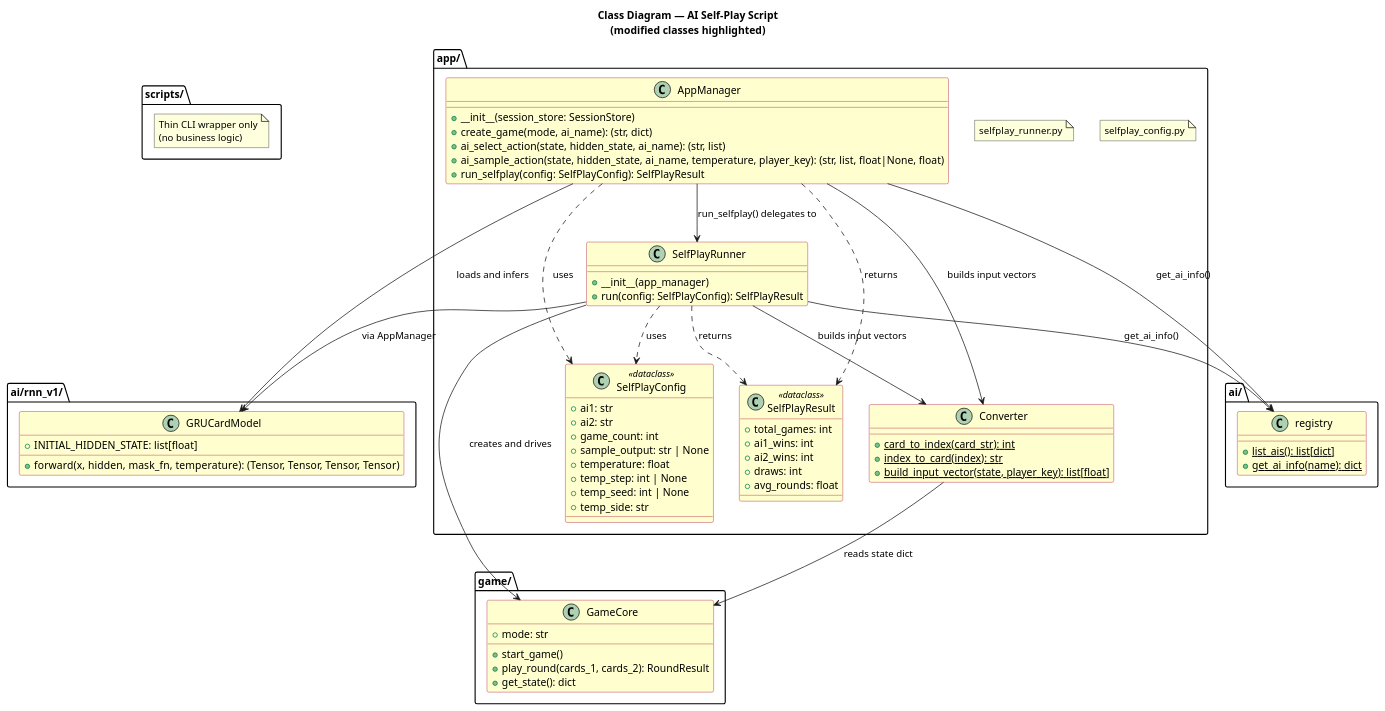
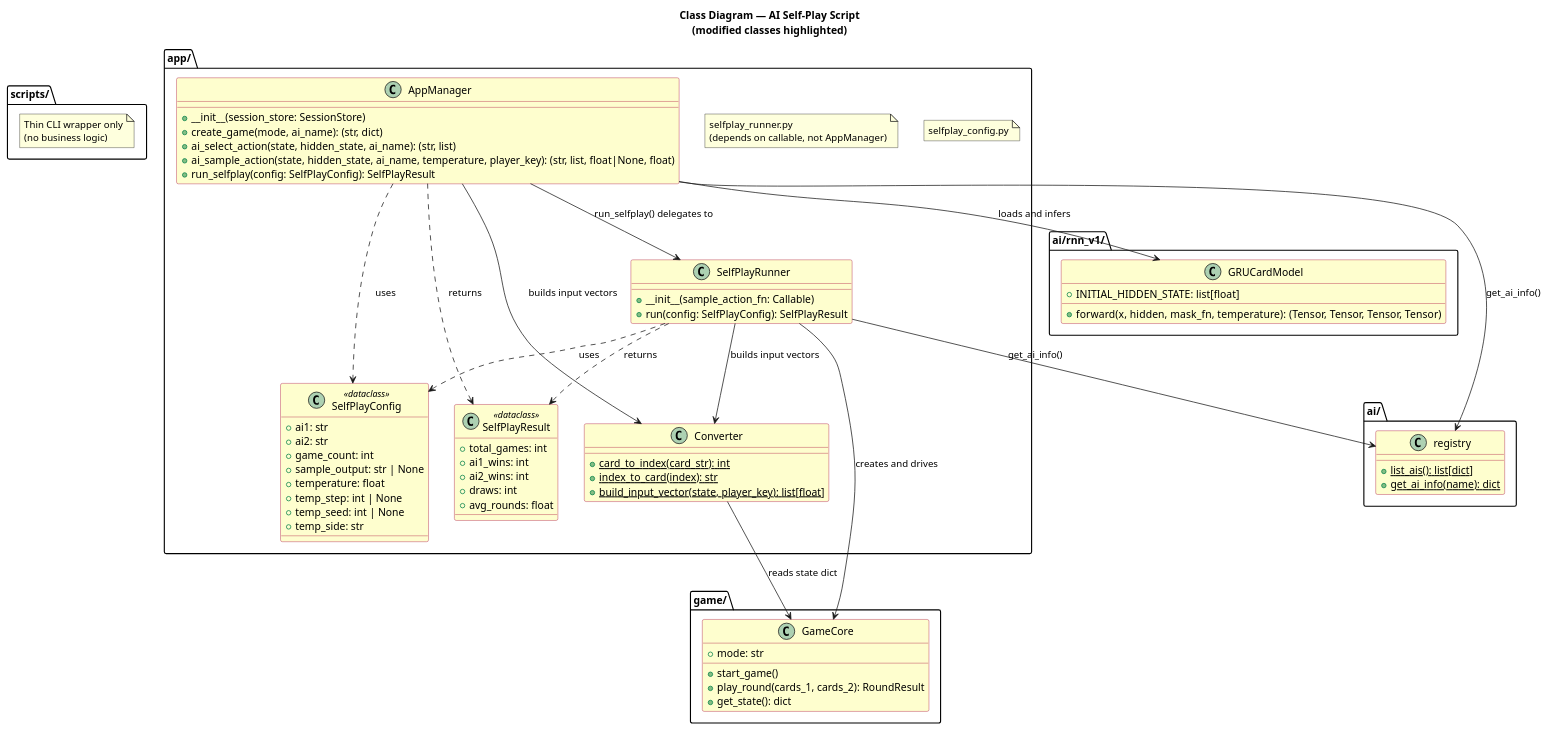
The diagram in design/5/main_docs/diagrams/class_diagram.puml (nanhao/custom-card), drawn with PlantUML before and after one commit. The commit also changed 2 other files, not shown here.

Commit message:
docs: update design/5 diagrams for dependency injection refactor
- class_diagram.puml: SelfPlayRunner.__init__ takes sample_action_fn callable, not AppManager; removed GRUCardModel dependency from SR

- interfaces.md: updated SelfPlayRunner constructor signature to sample_action_fn

- Regenerated class_diagram.png

```diff
--- a/design/5/main_docs/diagrams/class_diagram.puml
+++ b/design/5/main_docs/diagrams/class_diagram.puml
@@ -1,92 +1,93 @@
 @startuml
 skinparam backgroundColor #FFFFFF
 skinparam classBackgroundColor #FEFECE
 skinparam classBorderColor #A80036
 
 title Class Diagram — AI Self-Play Script\n(modified classes highlighted)
 
 package "scripts/" {
     note "Thin CLI wrapper only\n(no business logic)" as N1
 }
 
 package "app/" {
     note "selfplay_config.py" as N2
     class SelfPlayConfig <<dataclass>> {
         + ai1: str
         + ai2: str
         + game_count: int
         + sample_output: str | None
         + temperature: float
         + temp_step: int | None
         + temp_seed: int | None
         + temp_side: str
     }
 
     class SelfPlayResult <<dataclass>> {
         + total_games: int
         + ai1_wins: int
         + ai2_wins: int
         + draws: int
         + avg_rounds: float
     }
 
-    note "selfplay_runner.py" as N3
+    note "selfplay_runner.py\n(depends on callable, not AppManager)" as N3
     class SelfPlayRunner {
-        + __init__(app_manager)
+        + __init__(sample_action_fn: Callable)
         + run(config: SelfPlayConfig): SelfPlayResult
     }
 
     class AppManager {
         + __init__(session_store: SessionStore)
         + create_game(mode, ai_name): (str, dict)
         + ai_select_action(state, hidden_state, ai_name): (str, list)
         + ai_sample_action(state, hidden_state, ai_name, temperature, player_key): (str, list, float|None, float)
         + run_selfplay(config: SelfPlayConfig): SelfPlayResult
     }
 
     class Converter {
         + {static} card_to_index(card_str): int
         + {static} index_to_card(index): str
         + {static} build_input_vector(state, player_key): list[float]
     }
 }
 
 package "ai/rnn_v1/" {
     class GRUCardModel {
         + INITIAL_HIDDEN_STATE: list[float]
         + forward(x, hidden, mask_fn, temperature): (Tensor, Tensor, Tensor, Tensor)
     }
 }
 
 package "game/" {
     class GameCore {
         + mode: str
         + start_game()
         + play_round(cards_1, cards_2): RoundResult
         + get_state(): dict
     }
 }
 
 package "ai/" {
     class registry {
         + {static} list_ais(): list[dict]
         + {static} get_ai_info(name): dict
     }
 }
 
 AppManager ..> SelfPlayConfig : uses
 AppManager ..> SelfPlayResult : returns
 AppManager --> SelfPlayRunner : run_selfplay() delegates to
 SelfPlayRunner ..> SelfPlayConfig : uses
 SelfPlayRunner ..> SelfPlayResult : returns
 SelfPlayRunner --> Converter : builds input vectors
-SelfPlayRunner --> GRUCardModel : via AppManager
+' SelfPlayRunner receives a callable (AppManager.ai_sample_action);
+' it does NOT hold a reference to AppManager itself.
 SelfPlayRunner --> GameCore : creates and drives
 AppManager --> Converter : builds input vectors
 AppManager --> GRUCardModel : loads and infers
 AppManager --> registry : get_ai_info()
 SelfPlayRunner --> registry : get_ai_info()
 
 Converter --> GameCore : reads state dict
 
 @enduml
```
